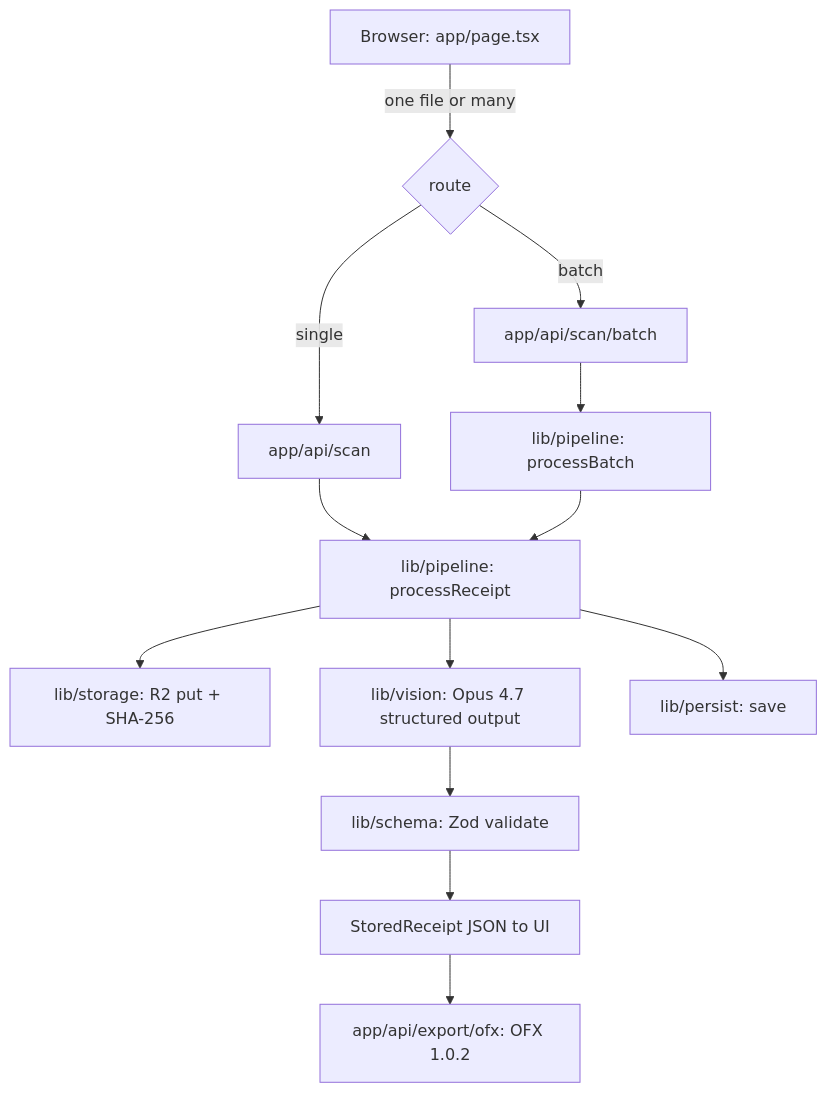
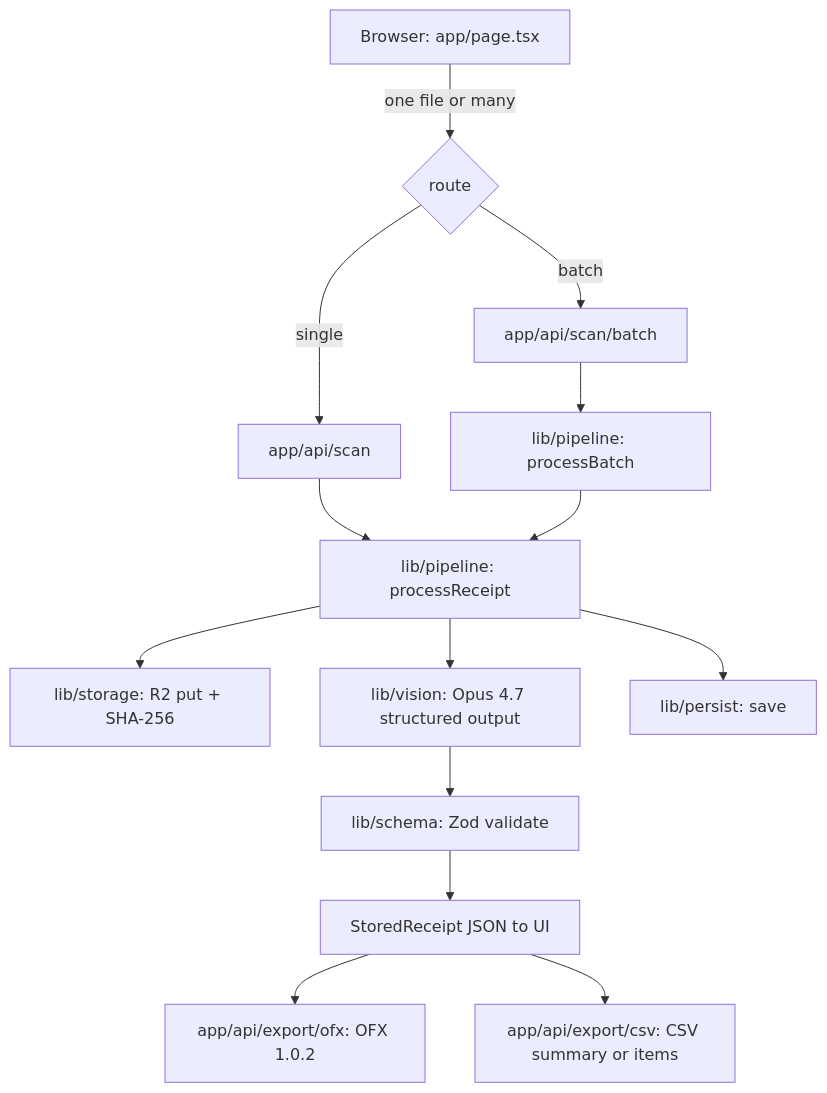
Before and after one commit to sarmakska/receipt-scanner: the diagram in README.md, drawn with Mermaid. The commit also changed other lines of this file and 1 other file, not shown here.

Commit message:
docs: document CSV export in README and changelog

````diff
--- a/README.md
+++ b/README.md
@@ -47,15 +47,16 @@
 ```mermaid
 flowchart TD
     A[Browser: app/page.tsx] -->|one file or many| B{route}
     B -->|single| C[app/api/scan]
     B -->|batch| D[app/api/scan/batch]
     C --> E[lib/pipeline: processReceipt]
     D --> F[lib/pipeline: processBatch]
     F --> E
     E --> G[lib/storage: R2 put + SHA-256]
     E --> H[lib/vision: Opus 4.7 structured output]
     H --> I[lib/schema: Zod validate]
     E --> J[lib/persist: save]
     I --> K[StoredReceipt JSON to UI]
     K --> L[app/api/export/ofx: OFX 1.0.2]
+    K --> M[app/api/export/csv: CSV summary or items]
 ```
````
